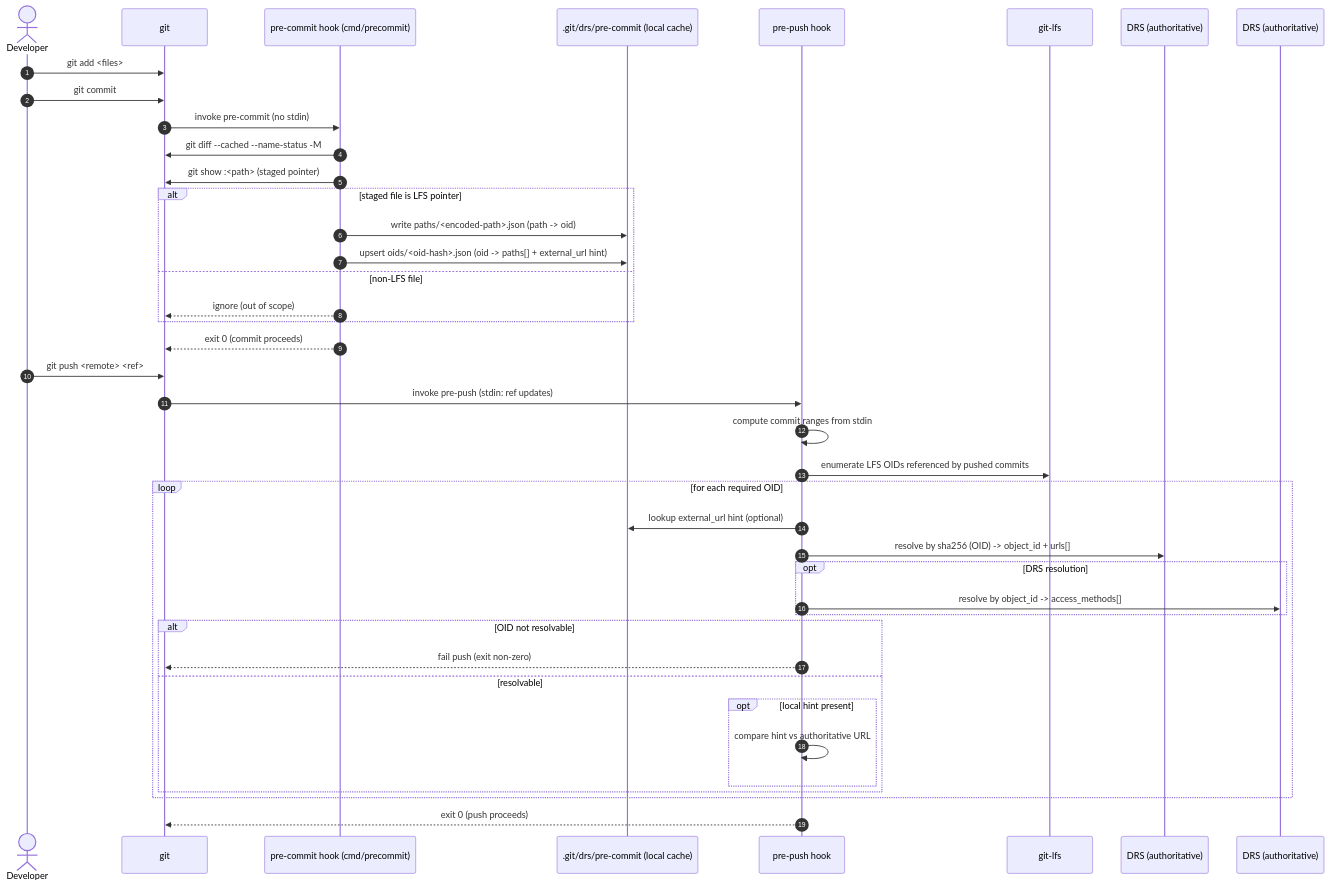
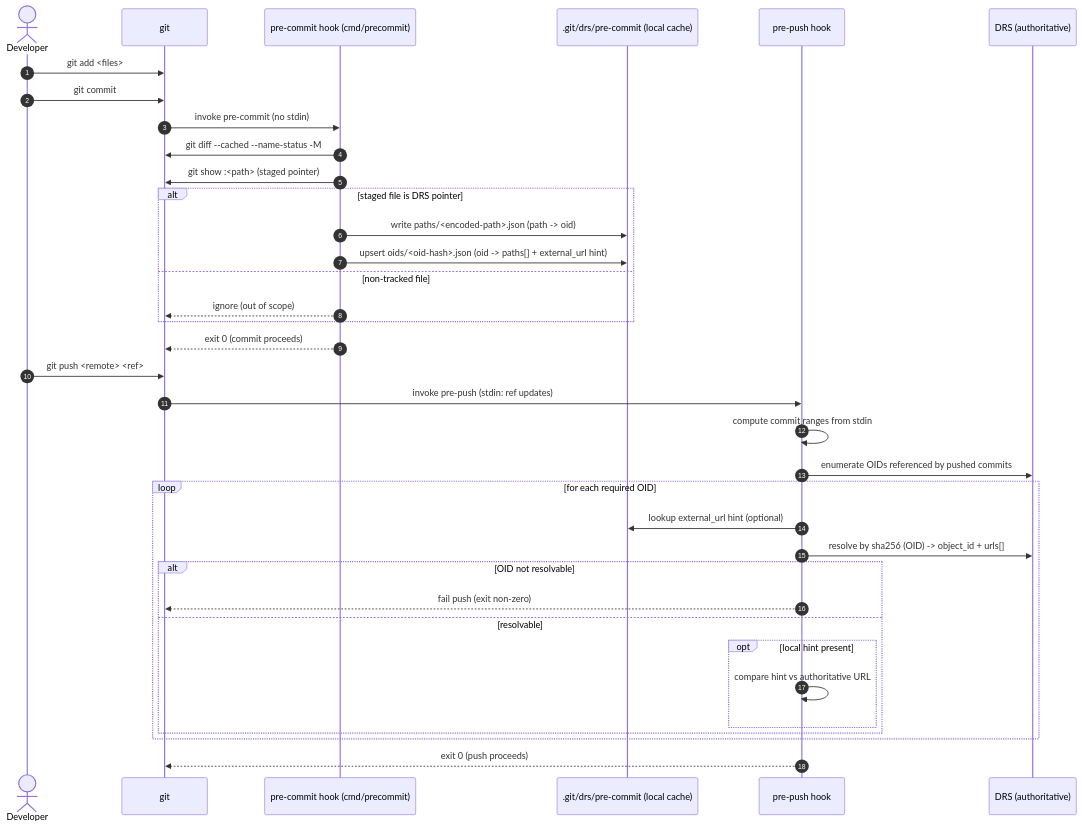
Before and after one commit to calypr/git-drs: the diagram in docs/precommit.md, drawn with Mermaid. The commit also changed other lines of this file and 12 other files, not shown here.

````diff
--- a/docs/precommit.md
+++ b/docs/precommit.md
@@ -372,46 +372,41 @@
 ```mermaid
 sequenceDiagram
   autonumber
   actor Dev as Developer
   participant Git as git
   participant PC as pre-commit hook (cmd/precommit)
   participant Cache as .git/drs/pre-commit (local cache)
   participant PP as pre-push hook
-  participant LFS as git-lfs
   participant IDX as DRS (authoritative)
-  participant DRS as DRS (authoritative)
 
   Dev->>Git: git add <files>
   Dev->>Git: git commit
 
   Git->>PC: invoke pre-commit (no stdin)
   PC->>Git: git diff --cached --name-status -M
   PC->>Git: git show :<path> (staged pointer)
-  alt staged file is LFS pointer
+  alt staged file is DRS pointer
     PC->>Cache: write paths/<encoded-path>.json (path -> oid)
     PC->>Cache: upsert oids/<oid-hash>.json (oid -> paths[] + external_url hint)
-  else non-LFS file
+  else non-tracked file
     PC-->>Git: ignore (out of scope)
   end
   PC-->>Git: exit 0 (commit proceeds)
 
   Dev->>Git: git push <remote> <ref>
   Git->>PP: invoke pre-push (stdin: ref updates)
   PP->>PP: compute commit ranges from stdin
-  PP->>LFS: enumerate LFS OIDs referenced by pushed commits
+  PP->>IDX: enumerate OIDs referenced by pushed commits
   loop for each required OID
     PP->>Cache: lookup external_url hint (optional)
     PP->>IDX: resolve by sha256 (OID) -> object_id + urls[]
-    opt DRS resolution
-      PP->>DRS: resolve by object_id -> access_methods[]
-    end
     alt OID not resolvable
       PP-->>Git: fail push (exit non-zero)
     else resolvable
       opt local hint present
         PP->>PP: compare hint vs authoritative URL
       end
     end
   end
   PP-->>Git: exit 0 (push proceeds)
 ```
````
